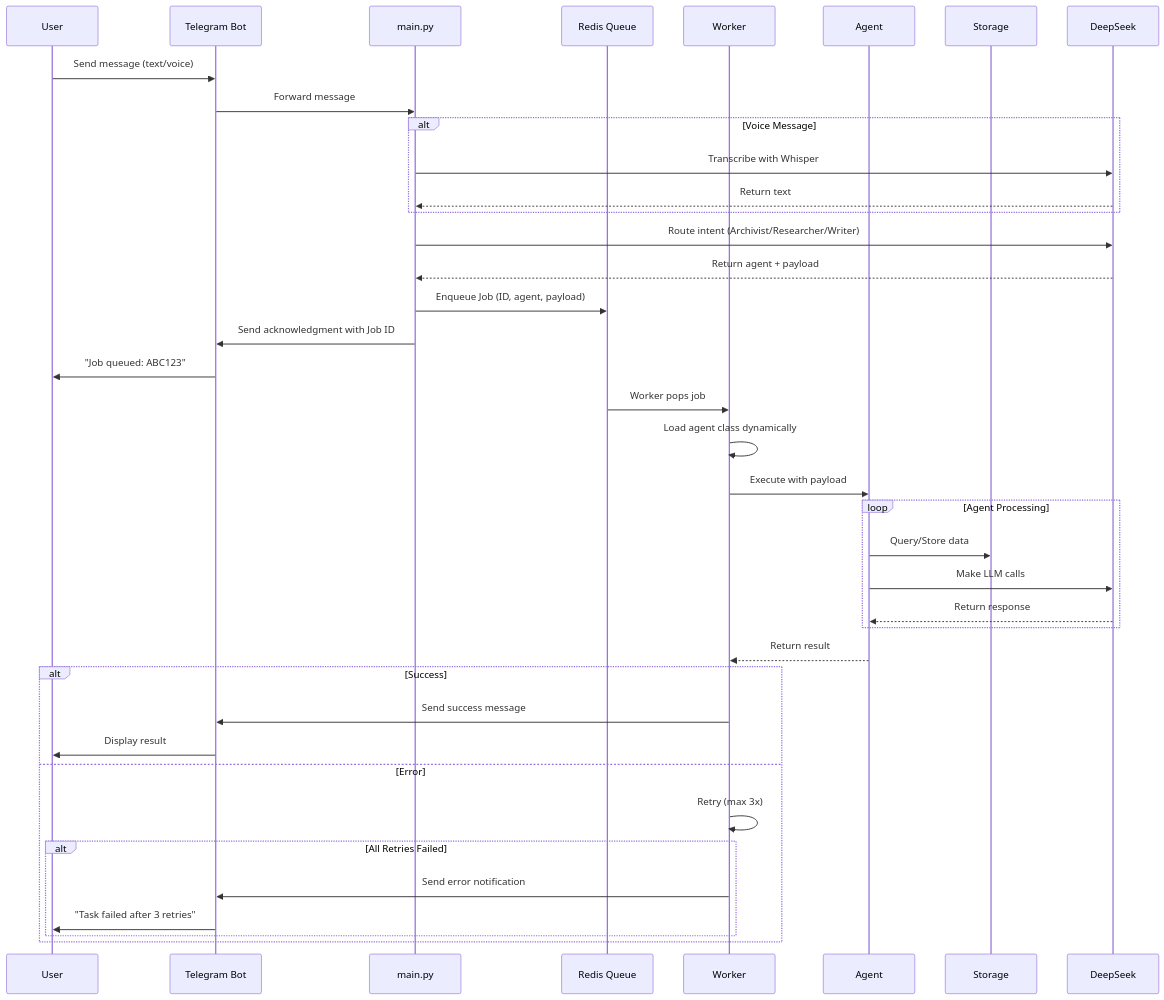
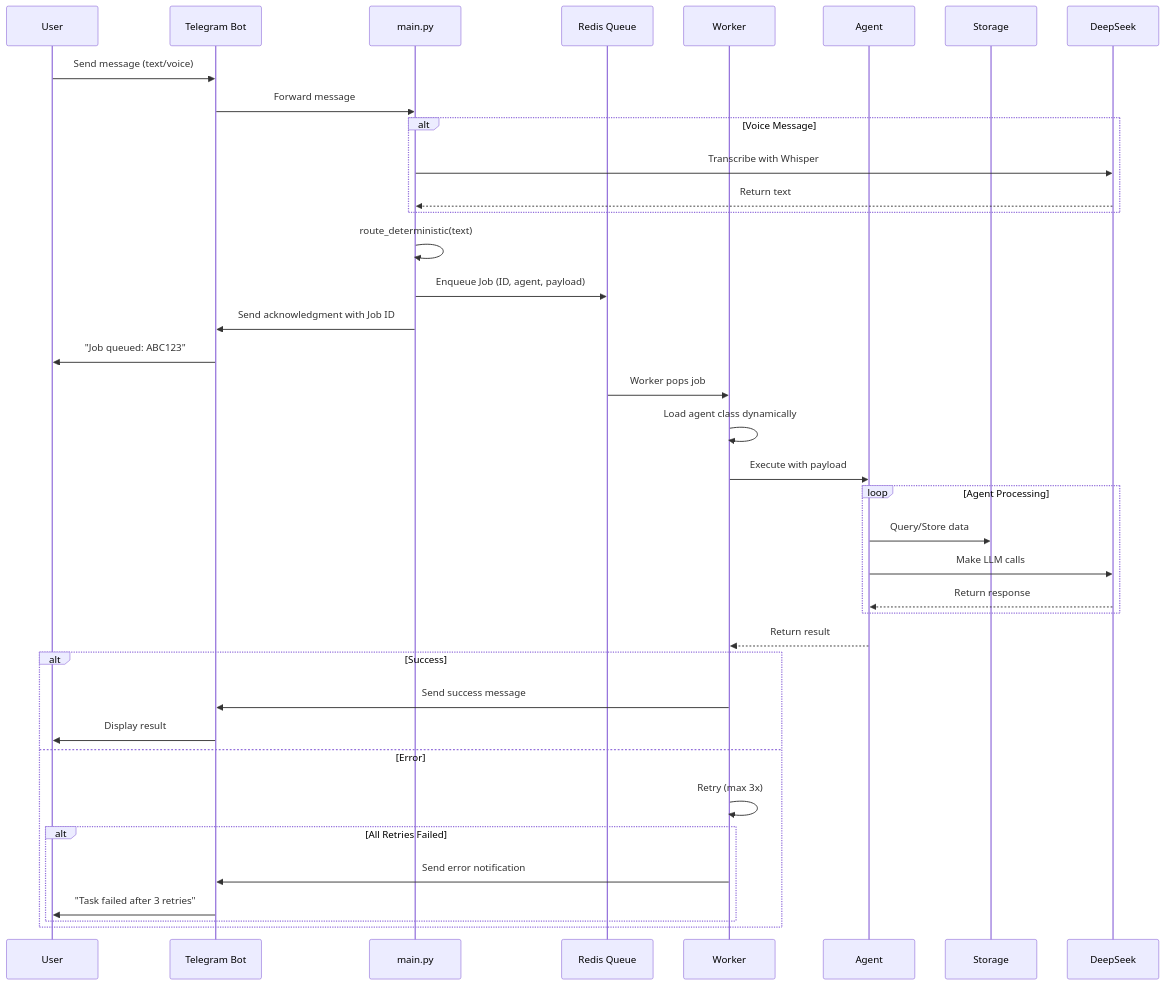
The third of 4 diagrams in README.md (mkierin/assistant-brain-os), drawn with Mermaid before and after one commit. The commit also changed other lines of this file and 2 other files, not shown here.

First line of the commit message:
Update docs for v4.0: journal, task manager, deterministic routing

````diff
--- a/README.md
+++ b/README.md
@@ -400,49 +431,48 @@
 ```mermaid
 sequenceDiagram
     participant U as User
     participant T as Telegram Bot
     participant M as main.py
     participant R as Redis Queue
     participant W as Worker
     participant A as Agent
     participant DB as Storage
     participant LLM as DeepSeek
 
     U->>T: Send message (text/voice)
     T->>M: Forward message
 
     alt Voice Message
         M->>LLM: Transcribe with Whisper
         LLM-->>M: Return text
     end
 
-    M->>LLM: Route intent (Archivist/Researcher/Writer)
-    LLM-->>M: Return agent + payload
+    M->>M: route_deterministic(text)
 
     M->>R: Enqueue Job (ID, agent, payload)
     M->>T: Send acknowledgment with Job ID
     T->>U: "Job queued: ABC123"
 
     R->>W: Worker pops job
     W->>W: Load agent class dynamically
     W->>A: Execute with payload
 
     loop Agent Processing
         A->>DB: Query/Store data
         A->>LLM: Make LLM calls
         LLM-->>A: Return response
     end
 
     A-->>W: Return result
 
     alt Success
         W->>T: Send success message
         T->>U: Display result
     else Error
         W->>W: Retry (max 3x)
         alt All Retries Failed
             W->>T: Send error notification
             T->>U: "Task failed after 3 retries"
         end
     end
 ```
````
